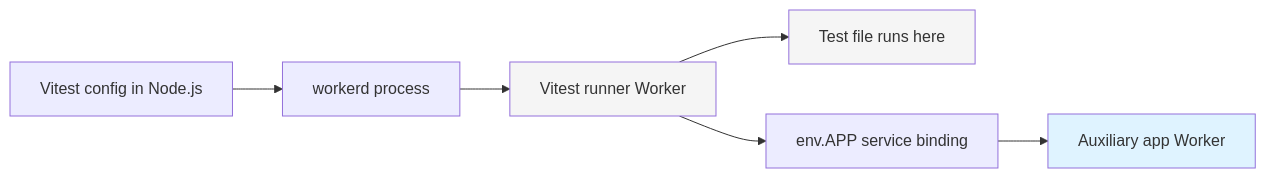
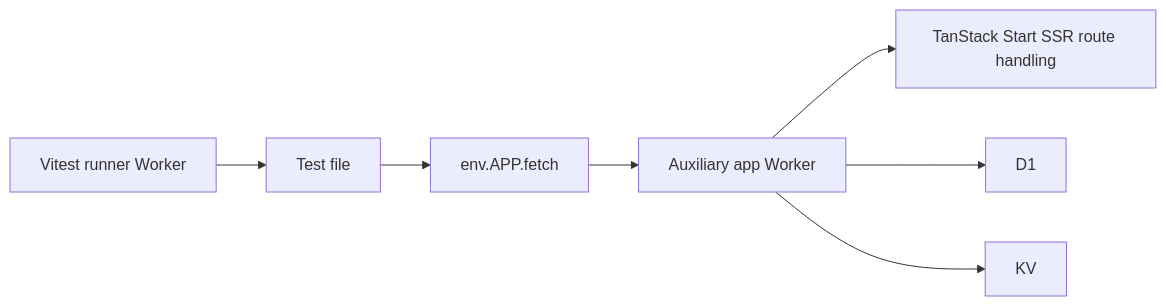
One commit to mw10013/tanstack-cloudflare-effect-saas changed the second of 3 diagrams in docs/vitest4-cloudflare-runtime-blocker.md. Above: the diagram before and after it, drawn with Mermaid. The commit also changed other lines of this file and 1 other file, not shown here.

Commit message:
test: update smoke test to use toMatchObject for response validation

````diff
--- a/docs/vitest4-cloudflare-runtime-blocker.md
+++ b/docs/vitest4-cloudflare-runtime-blocker.md
@@ -81,12 +65,9 @@
 ```mermaid
 flowchart LR
-  A[Vitest config in Node.js] --> B[workerd process]
-  B --> C[Vitest runner Worker]
-  C --> D[Test file runs here]
-  C --> E[env.APP service binding]
-  E --> F[Auxiliary app Worker]
-
-  style C fill:#f5f5f5
-  style D fill:#f5f5f5
-  style F fill:#dff3ff
+  A[Vitest runner Worker] --> B[Test file]
+  B --> C[env.APP.fetch]
+  C --> D[Auxiliary app Worker]
+  D --> E[TanStack Start SSR route handling]
+  D --> F[D1]
+  D --> G[KV]
 ```
````
